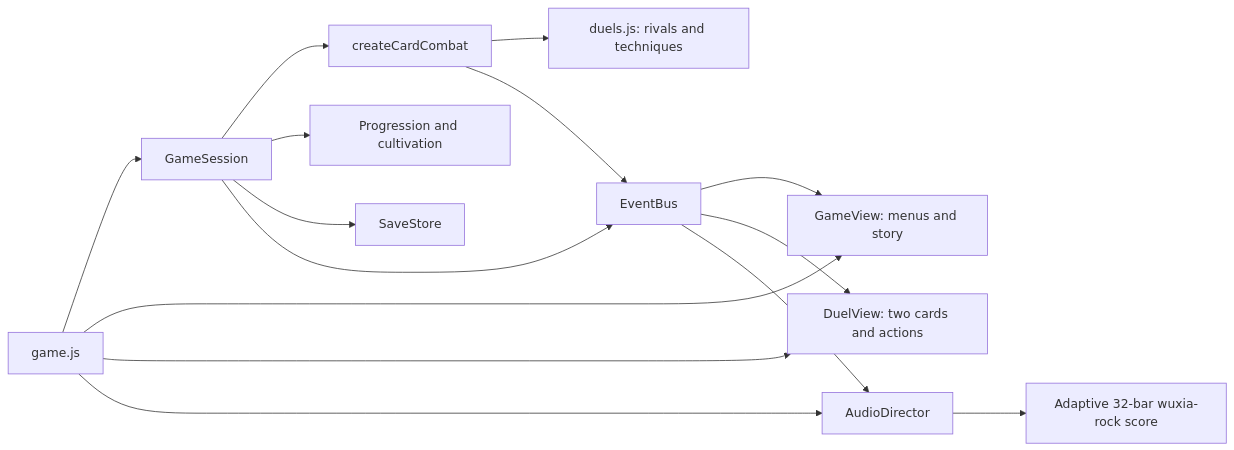
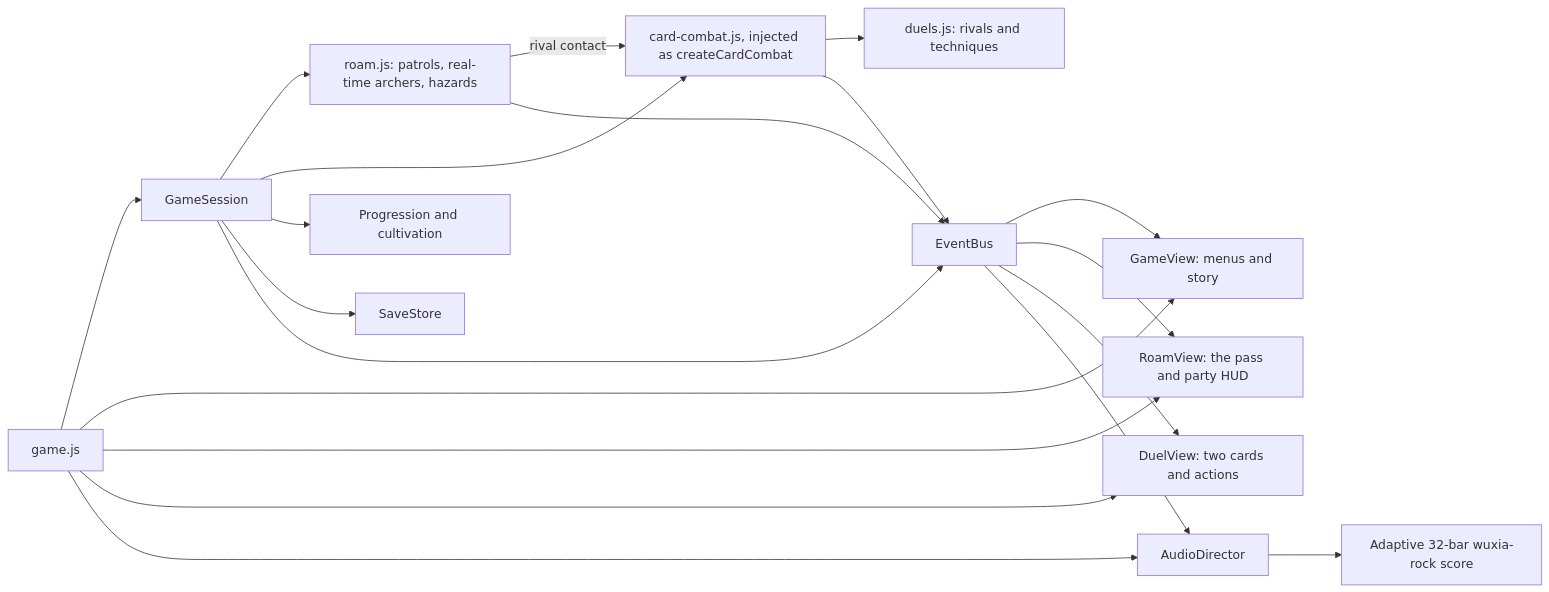
The diagram in docs/GAME-ARCHITECTURE.md (leejpjack-hue/wuxia-rpg-concepts), drawn with Mermaid before and after one commit. The commit also changed other lines of this file and 2 other files, not shown here.

Commit message:
docs(jade-gate): sync architecture diagram and design docs with the source (#150)

````diff
--- a/docs/GAME-ARCHITECTURE.md
+++ b/docs/GAME-ARCHITECTURE.md
@@ -11,17 +11,22 @@
 ```mermaid
 flowchart LR
   Boot[game.js] --> Session[GameSession]
   Boot --> View[GameView: menus and story]
+  Boot --> Pass[RoamView: the pass and party HUD]
   Boot --> Duel[DuelView: two cards and actions]
   Boot --> Audio[AudioDirector]
-  Session --> Combat[createCardCombat]
+  Session --> Roam[roam.js: patrols, real-time archers, hazards]
+  Session --> Combat[card-combat.js, injected as createCardCombat]
+  Roam -->|rival contact| Combat
   Combat --> Content[duels.js: rivals and techniques]
   Session --> Progress[Progression and cultivation]
   Session --> Saves[SaveStore]
   Session --> Bus[EventBus]
+  Roam --> Bus
   Combat --> Bus
   Bus --> View
+  Bus --> Pass
   Bus --> Duel
   Bus --> Audio
   Audio --> Synth[Adaptive 32-bar wuxia-rock score]
 ```
````
